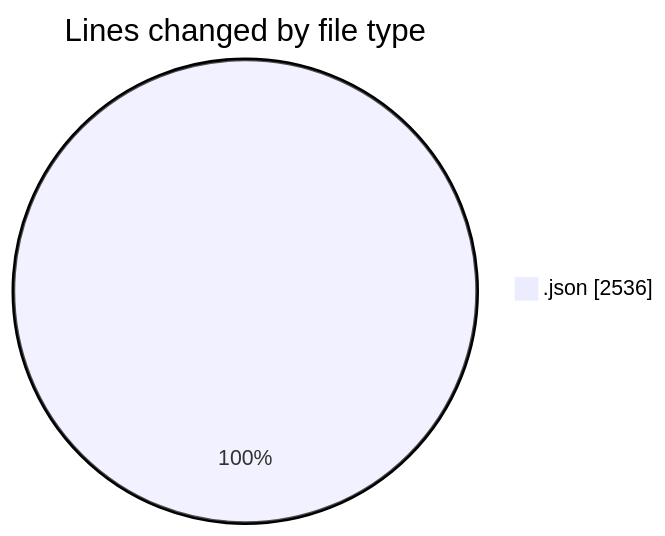
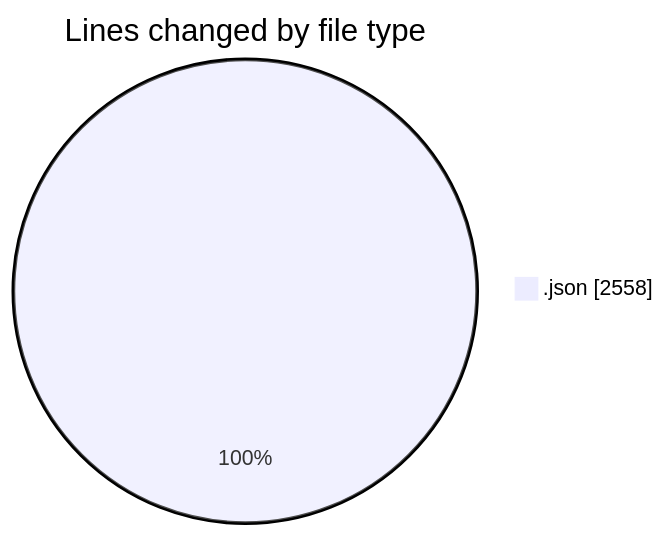
Before and after one commit to EIIisD/code-tracking: the first of 2 diagrams in 2025-07-28/_claude/README.md, drawn with Mermaid. The commit also changed other lines of this file and 1 other file, not shown here.

````diff
--- a/2025-07-28/_claude/README.md
+++ b/2025-07-28/_claude/README.md
@@ -20,5 +20,5 @@
 ```mermaid
 pie showData
 title Lines changed by file type
-".json" : 2536
+".json" : 2558
 ```
````
